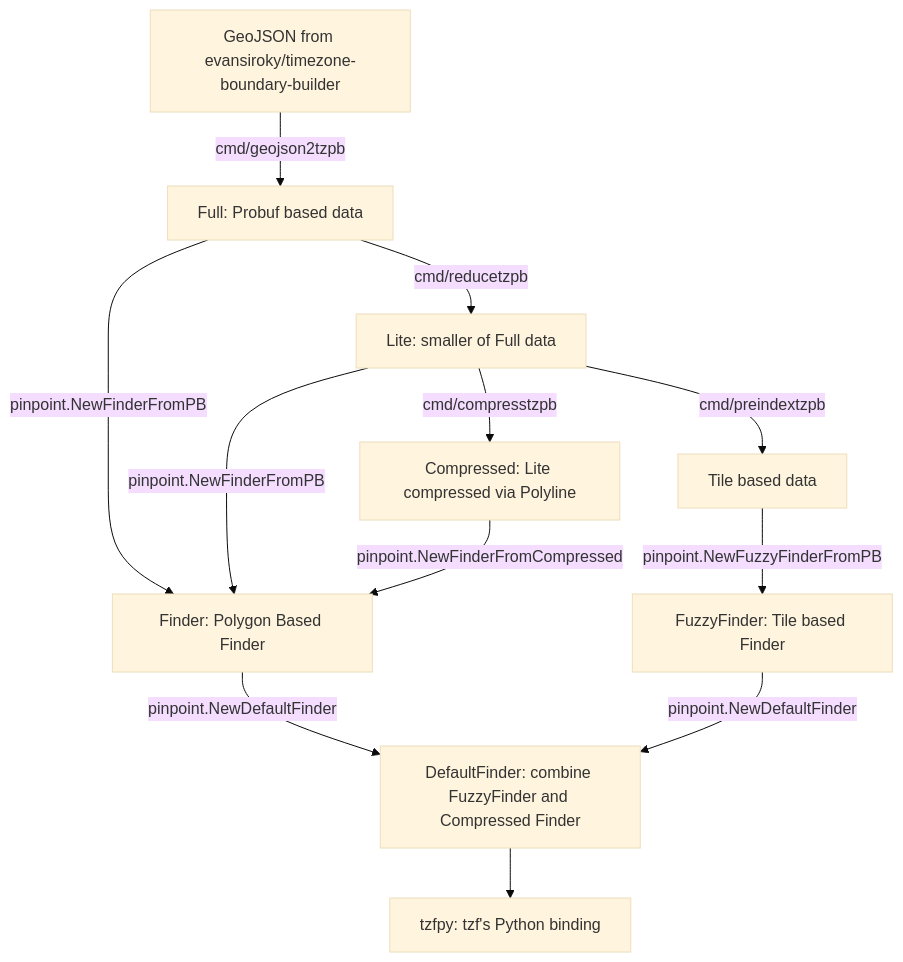
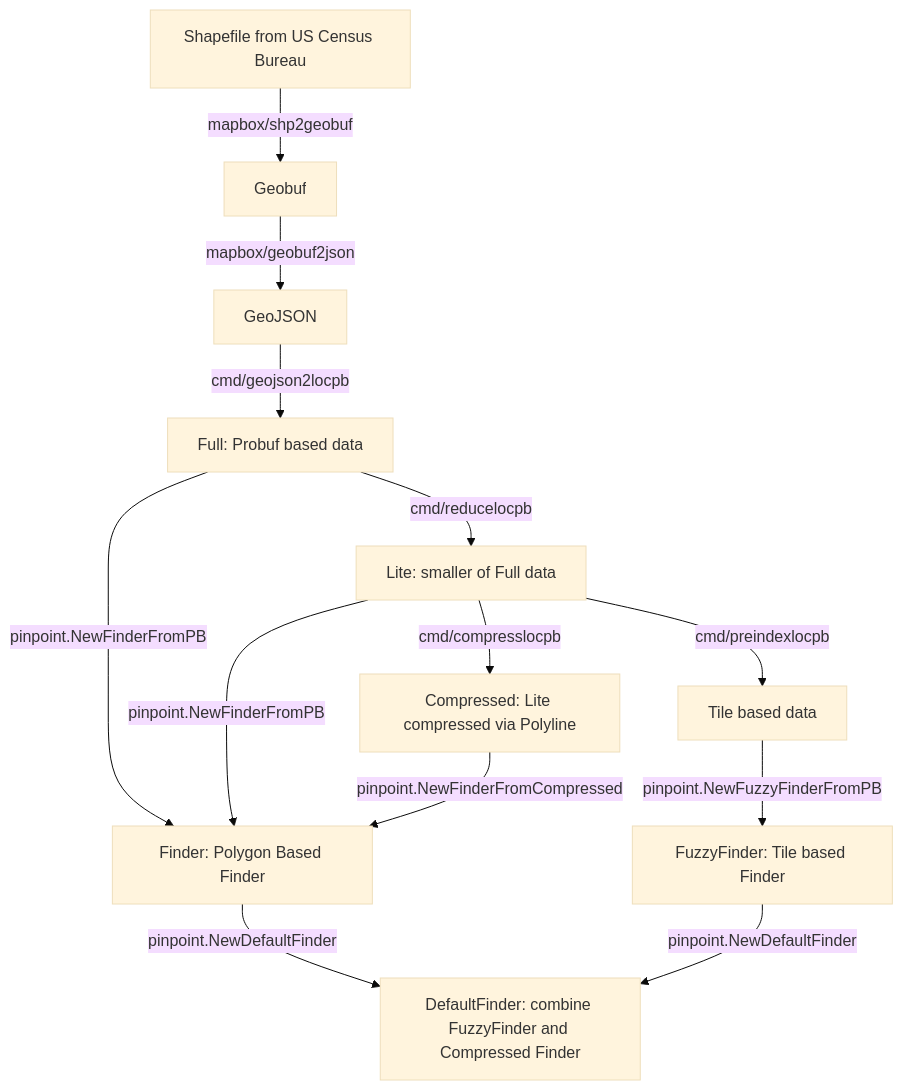
One commit to deslittle/pinpoint changed the diagram in README.md. Above: the diagram before and after it, drawn with Mermaid (base theme). The commit also changed other lines of this file and 11 other files, not shown here.

````diff
--- a/README.md
+++ b/README.md
@@ -75,26 +75,27 @@
 ```mermaid
 graph TD
-    Raw[GeoJSON from evansiroky/timezone-boundary-builder]
+    Shp[Shapefile from US Census Bureau]
+    Geobuf[Geobuf]
+    GeoJSON[GeoJSON]
     Full[Full: Probuf based data]
     Lite[Lite: smaller of Full data]
     Compressed[Compressed: Lite compressed via Polyline]
     Preindex[Tile based data]
 
     Finder[Finder: Polygon Based Finder]
     FuzzyFinder[FuzzyFinder: Tile based Finder]
     DefaultFinder[DefaultFinder: combine FuzzyFinder and Compressed Finder]
 
-    tzfpy[tzfpy: tzf's Python binding]
-
-    Raw --> |cmd/geojson2tzpb|Full
-    Full --> |cmd/reducetzpb|Lite
-    Lite --> |cmd/compresstzpb|Compressed
-    Lite --> |cmd/preindextzpb|Preindex
+    Shp --> |mapbox/shp2geobuf|Geobuf
+    Geobuf --> |mapbox/geobuf2json|GeoJSON
+    GeoJSON --> |cmd/geojson2locpb|Full
+    Full --> |cmd/reducelocpb|Lite
+    Lite --> |cmd/compresslocpb|Compressed
+    Lite --> |cmd/preindexlocpb|Preindex
 
     Full --> |pinpoint.NewFinderFromPB|Finder
     Lite --> |pinpoint.NewFinderFromPB|Finder
     Compressed --> |pinpoint.NewFinderFromCompressed|Finder --> |pinpoint.NewDefaultFinder|DefaultFinder
     Preindex --> |pinpoint.NewFuzzyFinderFromPB|FuzzyFinder --> |pinpoint.NewDefaultFinder|DefaultFinder
 
-    DefaultFinder --> tzfpy
 ```
````
